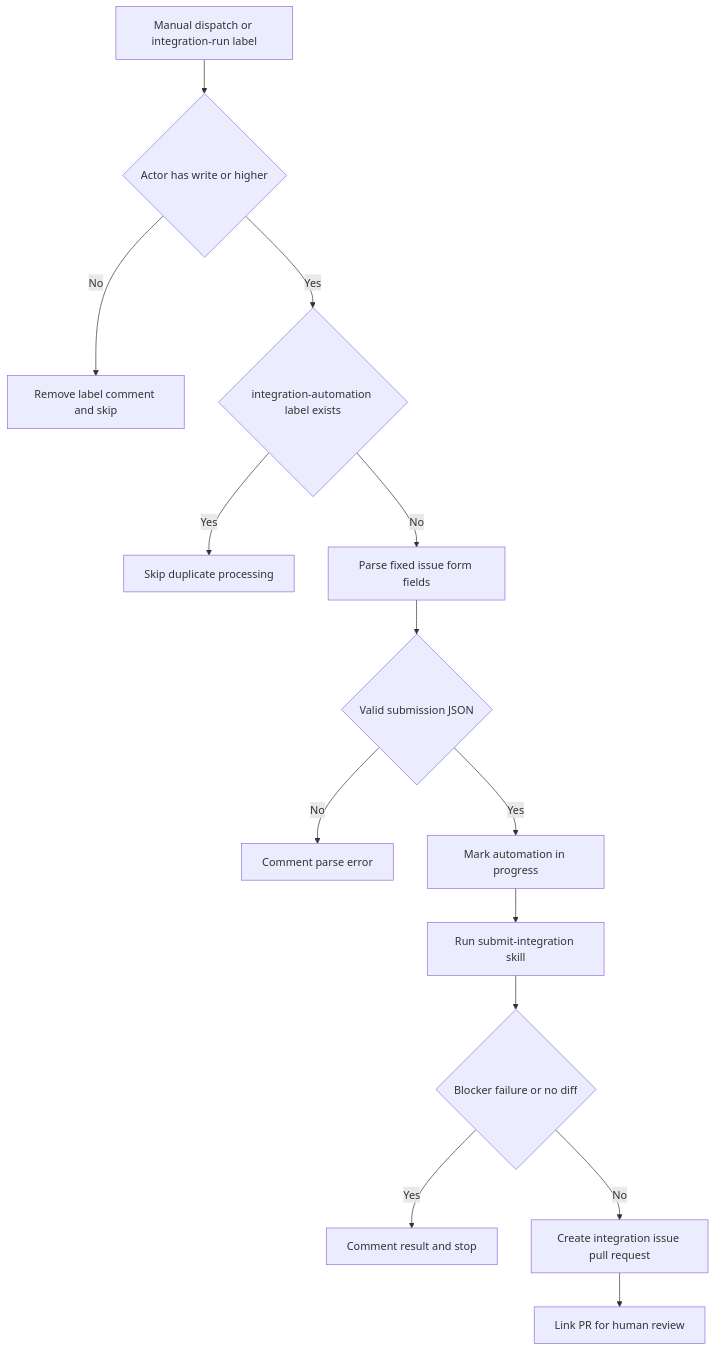
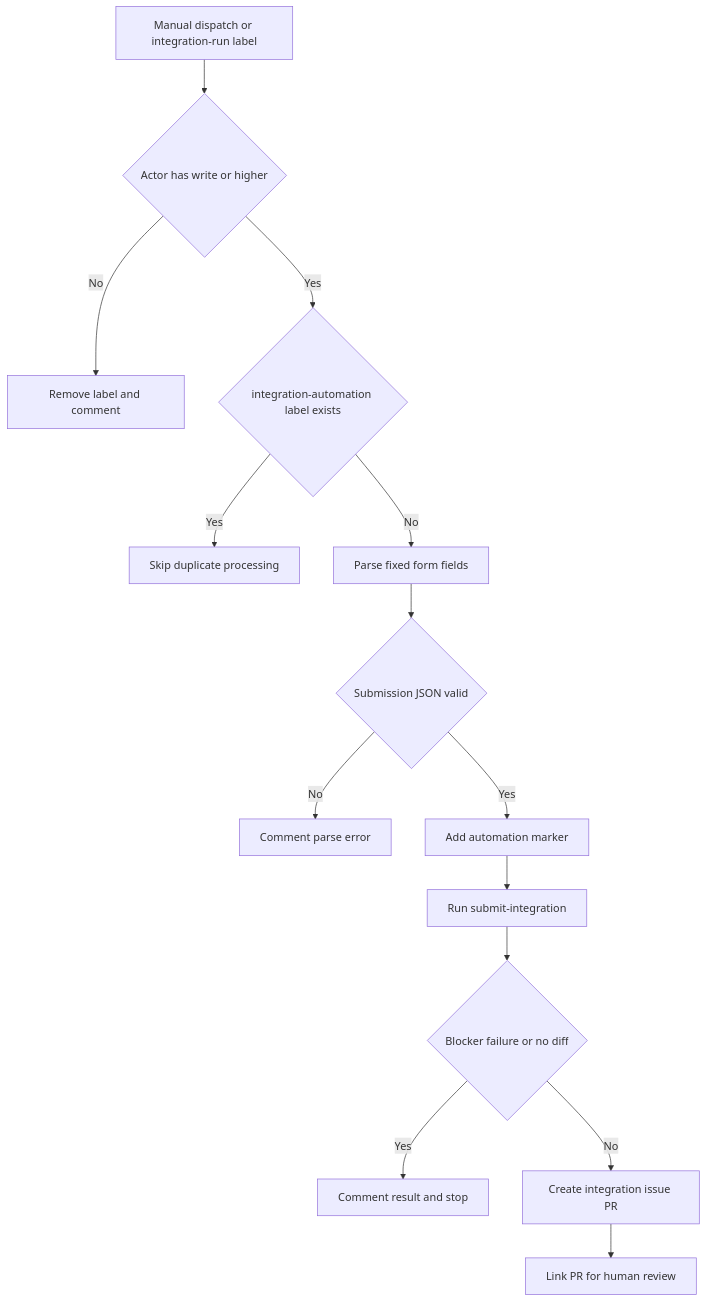
One commit to langchain-ai/docs changed the third of 3 diagrams in openwiki/operations/agent-skills.md. Above: the diagram before and after it, drawn with Mermaid. The commit also changed other lines of this file and 47 other files, not shown here.

````diff
--- a/openwiki/operations/agent-skills.md
+++ b/openwiki/operations/agent-skills.md
@@ -178,16 +177,16 @@
 ```mermaid
 flowchart TD
-  Trigger["Manual dispatch or integration-run label"] --> Auth{"Actor has write or higher"}
-  Auth -- "No" --> Reject["Remove label comment and skip"]
-  Auth -- "Yes" --> Seen{"integration-automation label exists"}
-  Seen -- "Yes" --> Skip["Skip duplicate processing"]
-  Seen -- "No" --> Parse["Parse fixed issue form fields"]
-  Parse --> Parsed{"Valid submission JSON"}
-  Parsed -- "No" --> ParseError["Comment parse error"]
-  Parsed -- "Yes" --> Mark["Mark automation in progress"]
-  Mark --> Agent["Run submit-integration skill"]
-  Agent --> Result{"Blocker failure or no diff"}
-  Result -- "Yes" --> Report["Comment result and stop"]
-  Result -- "No" --> PullRequest["Create integration issue pull request"]
-  PullRequest --> Review["Link PR for human review"]
+  Trigger["Manual dispatch or integration-run label"] --> Authorized{"Actor has write or higher"}
+  Authorized -- "No" --> Reject["Remove label and comment"]
+  Authorized -- "Yes" --> Existing{"integration-automation label exists"}
+  Existing -- "Yes" --> Skip["Skip duplicate processing"]
+  Existing -- "No" --> Parse["Parse fixed form fields"]
+  Parse --> Valid{"Submission JSON valid"}
+  Valid -- "No" --> ParseError["Comment parse error"]
+  Valid -- "Yes" --> Mark["Add automation marker"]
+  Mark --> Agent["Run submit-integration"]
+  Agent --> Outcome{"Blocker failure or no diff"}
+  Outcome -- "Yes" --> Report["Comment result and stop"]
+  Outcome -- "No" --> PR["Create integration issue PR"]
+  PR --> Review["Link PR for human review"]
 ```
````
